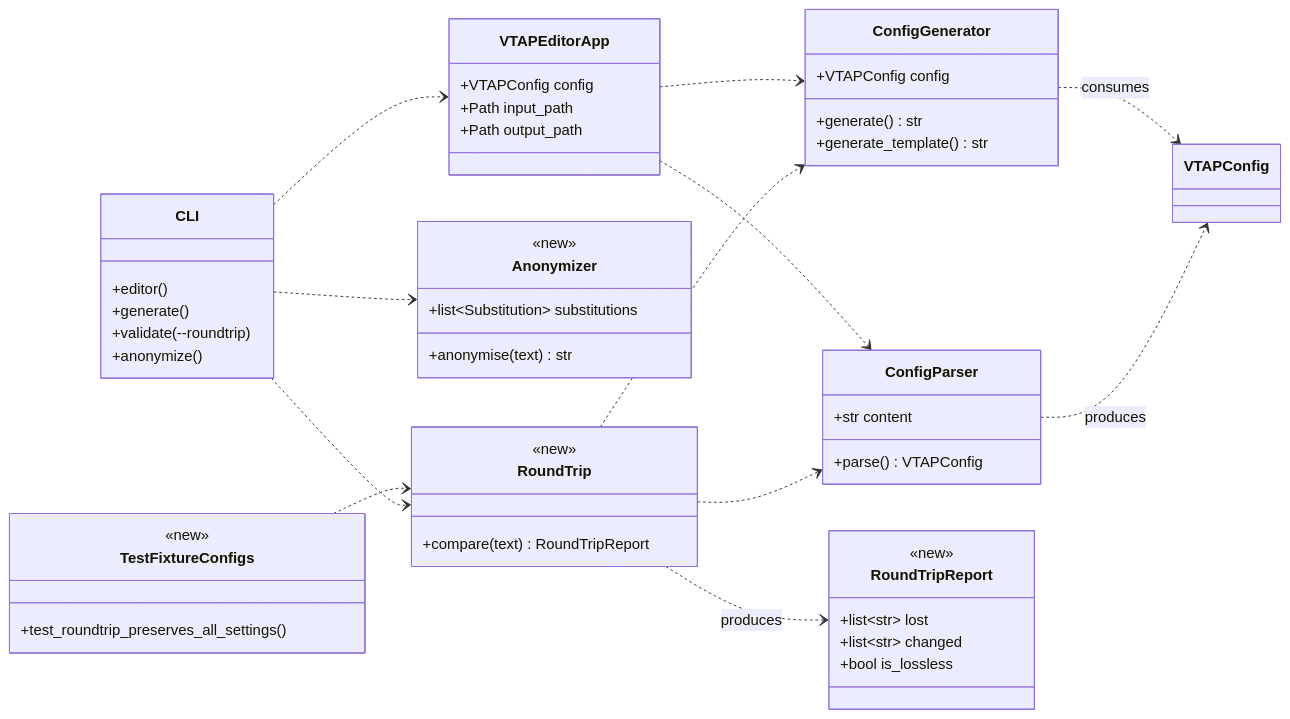
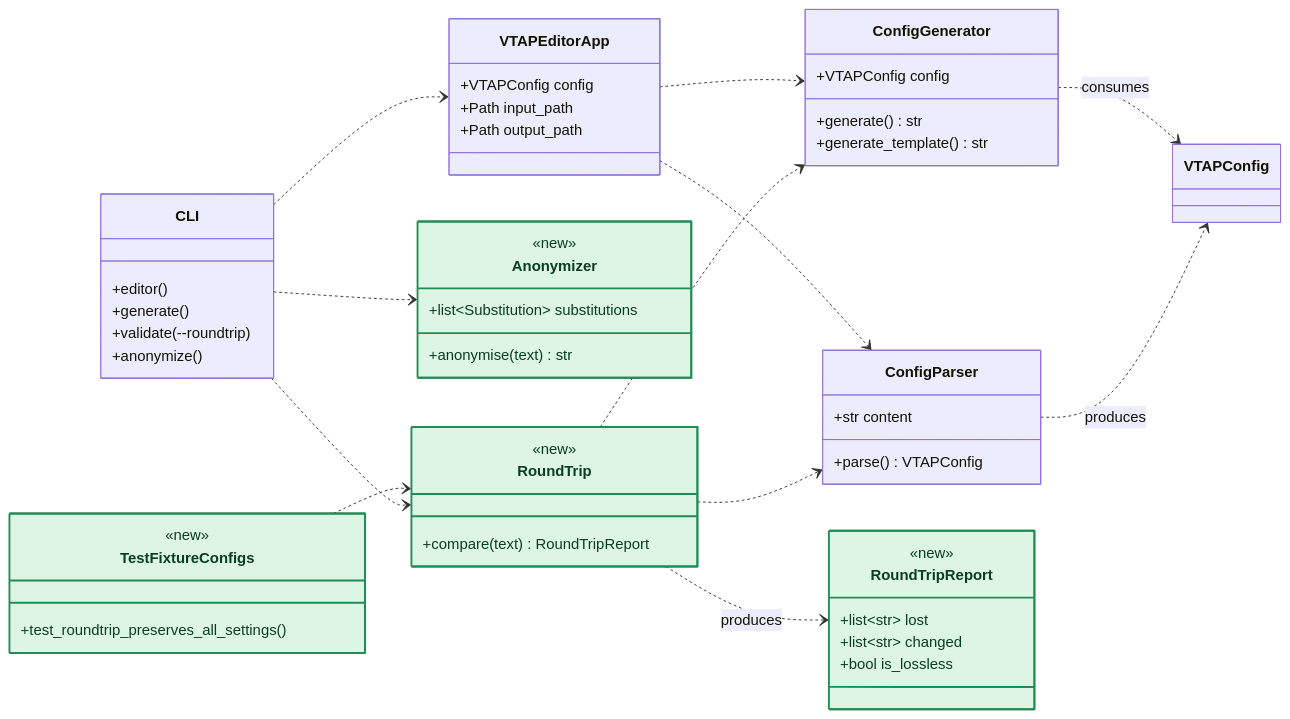
Before and after one commit to zworkb/vtap100: the third of 3 diagrams in docs/superpowers/specs/2026-08-28-config-roundtrip-design.md, drawn with Mermaid. The commit also changed other lines of this file, not shown here.

First line of the commit message:
docs: colour new and changed classes in the spec diagrams

````diff
--- a/docs/superpowers/specs/2026-08-28-config-roundtrip-design.md
+++ b/docs/superpowers/specs/2026-08-28-config-roundtrip-design.md
@@ -370,63 +387,68 @@
 ```mermaid
 classDiagram
     direction LR
 
     class ConfigParser {
         +str content
         +parse() VTAPConfig
     }
 
     class ConfigGenerator {
         +VTAPConfig config
         +generate() str
         +generate_template() str
     }
 
     class RoundTrip {
         <<new>>
         +compare(text) RoundTripReport
     }
 
     class RoundTripReport {
         <<new>>
         +list~str~ lost
         +list~str~ changed
         +bool is_lossless
     }
 
     class Anonymizer {
         <<new>>
         +anonymise(text) str
         +list~Substitution~ substitutions
     }
 
     class TestFixtureConfigs {
         <<new>>
         +test_roundtrip_preserves_all_settings()
     }
 
     class CLI {
         +editor()
         +generate()
         +validate(--roundtrip)
         +anonymize()
     }
 
     class VTAPEditorApp {
         +VTAPConfig config
         +Path input_path
         +Path output_path
     }
 
     ConfigParser ..> VTAPConfig : produces
     ConfigGenerator ..> VTAPConfig : consumes
     RoundTrip ..> ConfigParser
     RoundTrip ..> ConfigGenerator
     RoundTrip ..> RoundTripReport : produces
     CLI ..> RoundTrip
     CLI ..> Anonymizer
     CLI ..> VTAPEditorApp
     VTAPEditorApp ..> ConfigParser
     VTAPEditorApp ..> ConfigGenerator
     TestFixtureConfigs ..> RoundTrip
+
+    style RoundTrip fill:#dcf5e4,stroke:#218c53,stroke-width:2px,color:#0b3d22
+    style RoundTripReport fill:#dcf5e4,stroke:#218c53,stroke-width:2px,color:#0b3d22
+    style Anonymizer fill:#dcf5e4,stroke:#218c53,stroke-width:2px,color:#0b3d22
+    style TestFixtureConfigs fill:#dcf5e4,stroke:#218c53,stroke-width:2px,color:#0b3d22
 ```
````
